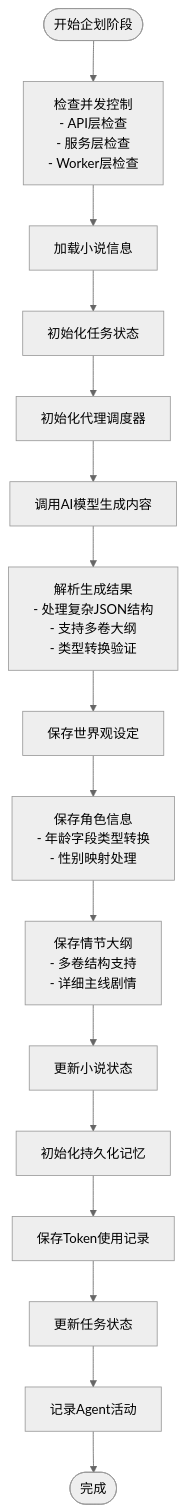
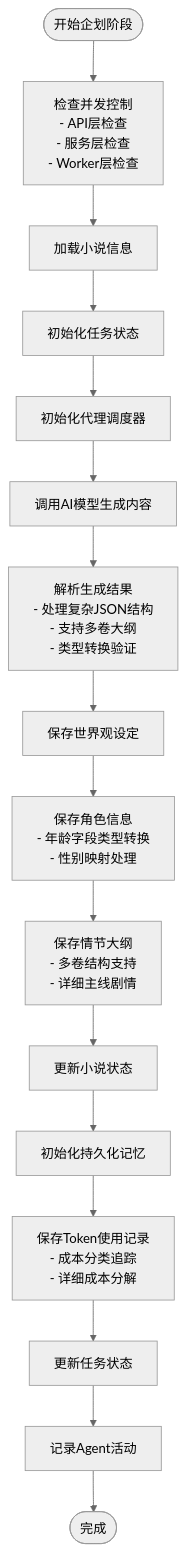
The fifth of 22 diagrams in .qoder/repowiki/zh/content/Generation Service.md (xfbyxq/ai-novel-system), drawn with Mermaid (neutral theme) before and after one commit. The commit also changed other lines of this file and 1 other file, not shown here.

````diff
--- a/.qoder/repowiki/zh/content/Generation Service.md
+++ b/.qoder/repowiki/zh/content/Generation Service.md
@@ -366,18 +467,18 @@
 ```mermaid
 flowchart TD
 Start([开始企划阶段]) --> CheckConcurrency["检查并发控制<br/>- API层检查<br/>- 服务层检查<br/>- Worker层检查"]
 CheckConcurrency --> LoadNovel["加载小说信息"]
 LoadNovel --> InitTask["初始化任务状态"]
 InitTask --> InitAgent["初始化代理调度器"]
 InitAgent --> CallLLM["调用AI模型生成内容"]
 CallLLM --> ParseResult["解析生成结果<br/>- 处理复杂JSON结构<br/>- 支持多卷大纲<br/>- 类型转换验证"]
 ParseResult --> SaveWorld["保存世界观设定"]
 SaveWorld --> SaveCharacters["保存角色信息<br/>- 年龄字段类型转换<br/>- 性别映射处理"]
 SaveCharacters --> SaveOutline["保存情节大纲<br/>- 多卷结构支持<br/>- 详细主线剧情"]
 SaveOutline --> UpdateNovel["更新小说状态"]
 UpdateNovel --> InitMemory["初始化持久化记忆"]
-InitMemory --> SaveTokens["保存Token使用记录"]
+InitMemory --> SaveTokens["保存Token使用记录<br/>- 成本分类追踪<br/>- 详细成本分解"]
 SaveTokens --> UpdateTask["更新任务状态"]
 UpdateTask --> RecordActivities["记录Agent活动"]
 RecordActivities --> End([完成])
 ```
````
